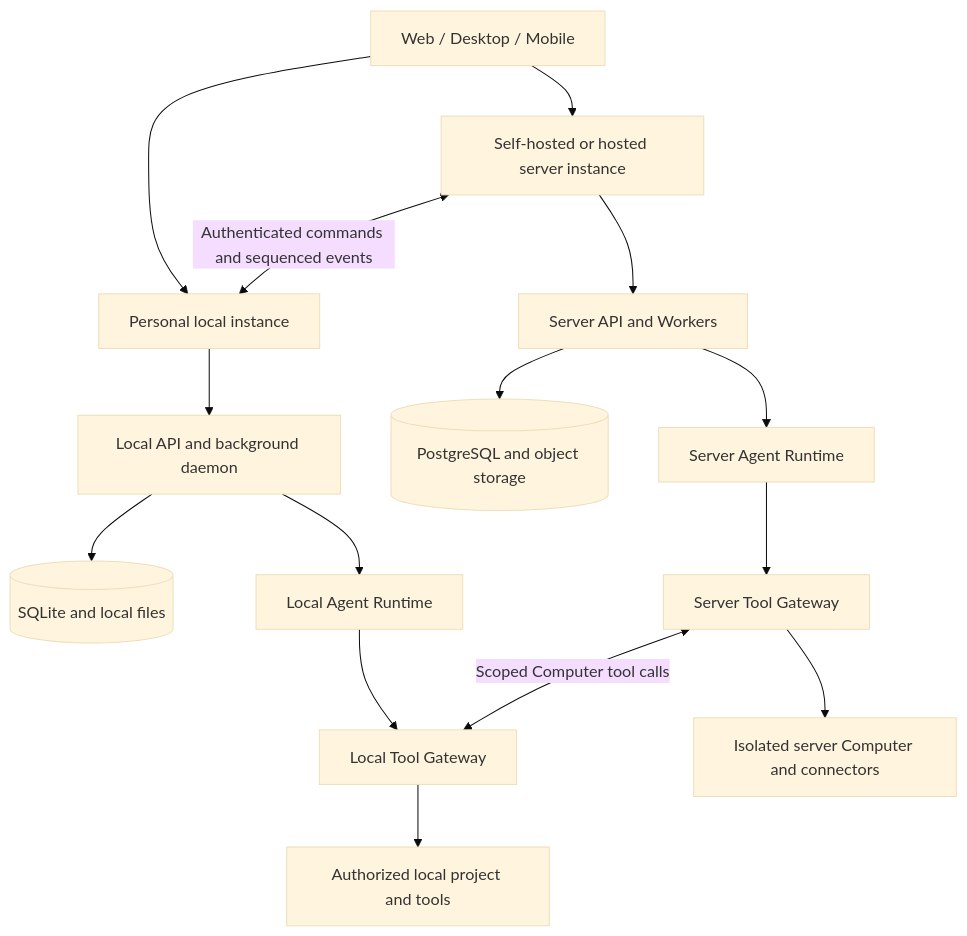
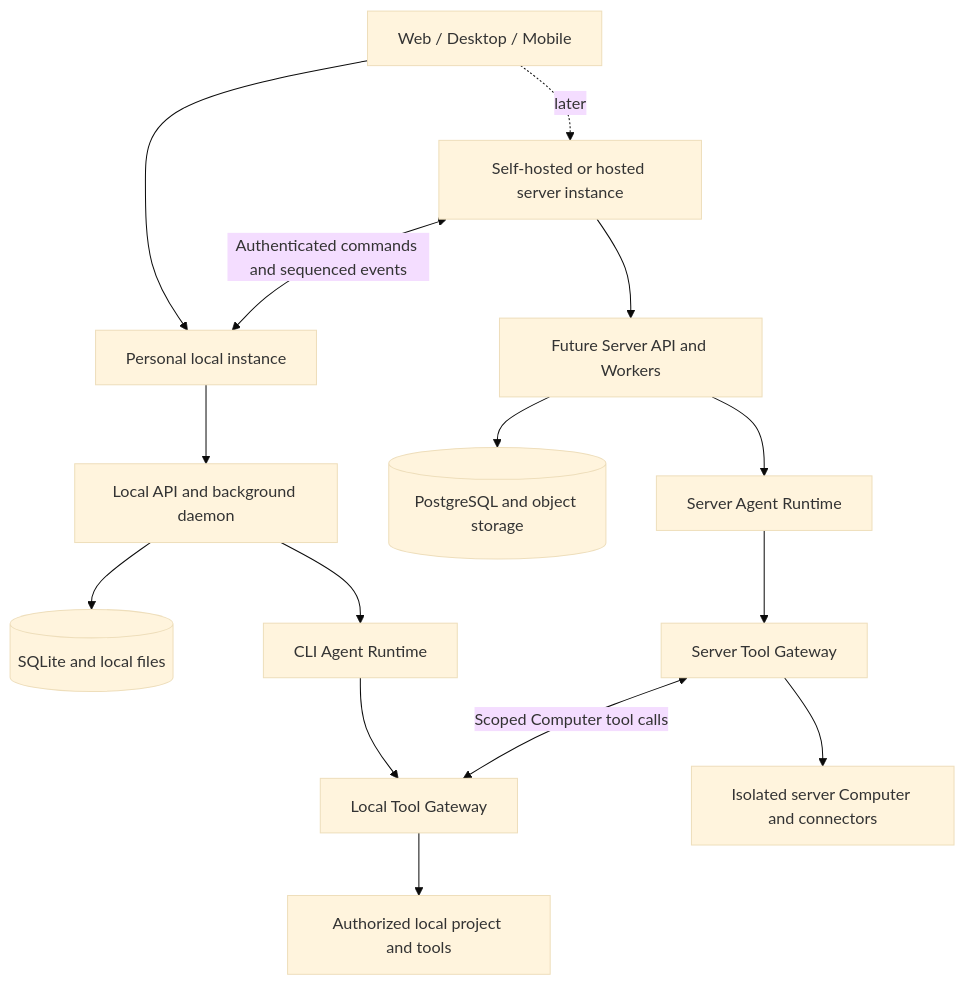
One commit to raypx/raypx changed the diagram in docs/roadmap.md. Above: the diagram before and after it, drawn with Mermaid (base theme). The commit also changed other lines of this file and 1 other file, not shown here.

Commit message:
docs(agent): prioritize local cli runtime

````diff
--- a/docs/roadmap.md
+++ b/docs/roadmap.md
@@ -17,17 +21,17 @@
 ```mermaid
 flowchart TD
     C[Web / Desktop / Mobile] --> L[Personal local instance]
-    C --> S[Self-hosted or hosted server instance]
+    C -. later .-> S[Self-hosted or hosted server instance]
     L --> LA[Local API and background daemon]
     LA --> LDB[(SQLite and local files)]
-    LA --> LR[Local Agent Runtime]
+    LA --> LR[CLI Agent Runtime]
     LR --> LT[Local Tool Gateway]
     LT --> LP[Authorized local project and tools]
-    S --> SA[Server API and Workers]
+    S --> SA[Future Server API and Workers]
     SA --> PDB[(PostgreSQL and object storage)]
     SA --> SR[Server Agent Runtime]
     SR --> ST[Server Tool Gateway]
     ST --> SP[Isolated server Computer and connectors]
     ST <-->|Scoped Computer tool calls| LT
     S <-->|Authenticated commands and sequenced events| L
 ```
````
